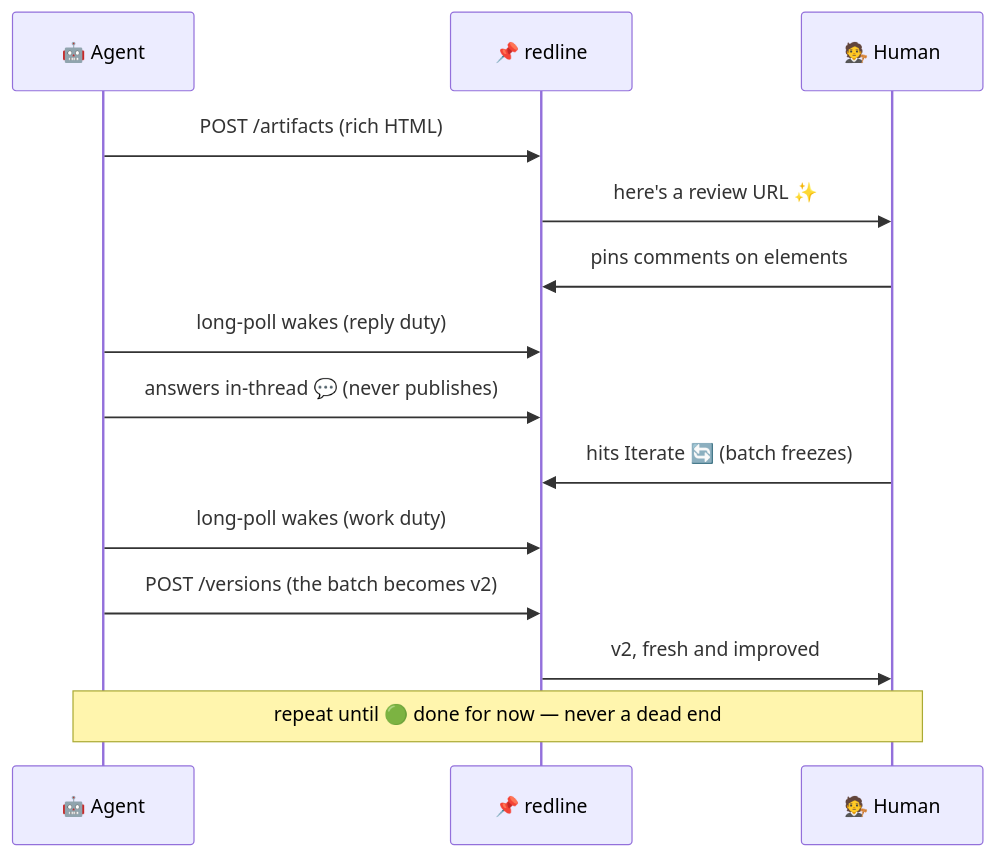
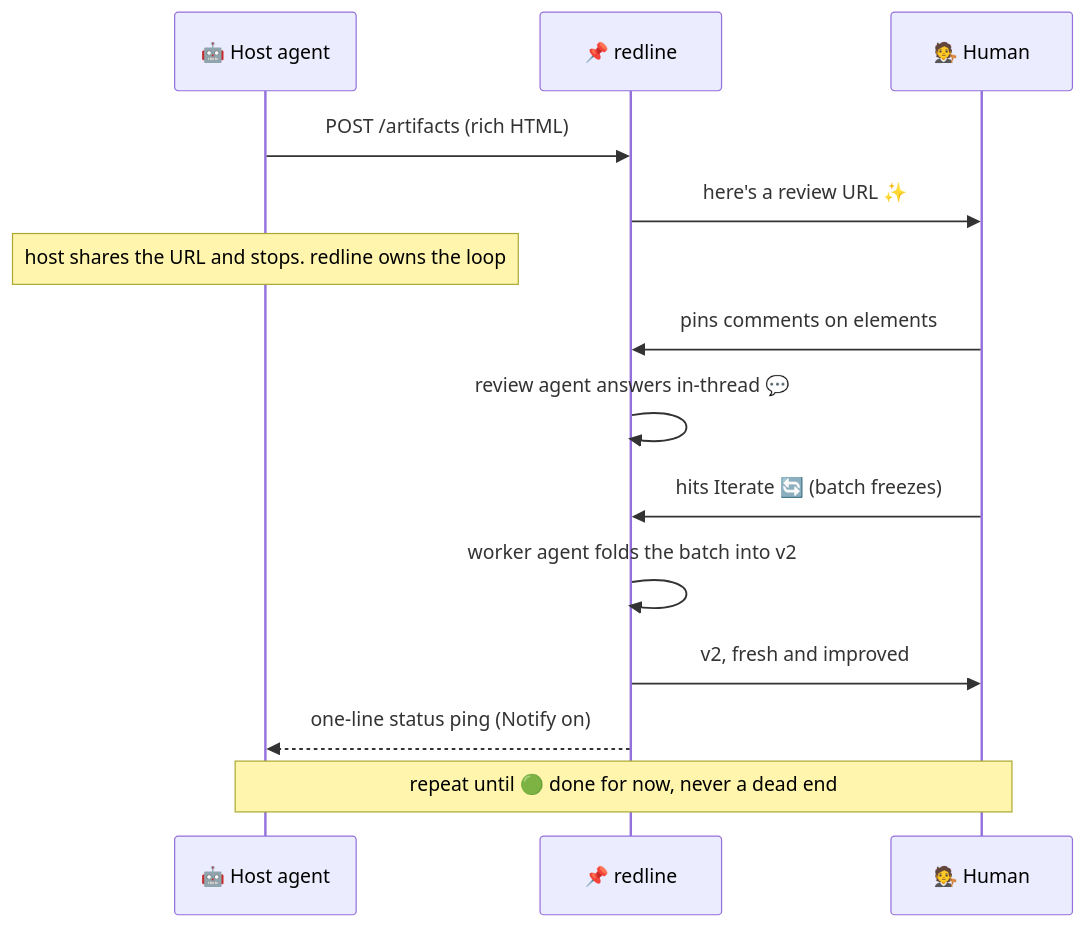
The diagram in README.md (codenamegary/redline), drawn with Mermaid before and after one commit. The commit also changed other lines of this file and 4 other files, not shown here.

````diff
--- a/README.md
+++ b/README.md
@@ -39,16 +39,16 @@
 ```mermaid
 sequenceDiagram
-    participant A as 🤖 Agent
+    participant A as 🤖 Host agent
     participant R as 📌 redline
     participant H as 🧑‍⚖️ Human
     A->>R: POST /artifacts (rich HTML)
     R->>H: here's a review URL ✨
+    Note over A: host shares the URL and stops. redline owns the loop
     H->>R: pins comments on elements
-    A->>R: long-poll wakes (reply duty)
-    A->>R: answers in-thread 💬 (never publishes)
+    R->>R: review agent answers in-thread 💬
     H->>R: hits Iterate 🔄 (batch freezes)
-    A->>R: long-poll wakes (work duty)
-    A->>R: POST /versions (the batch becomes v2)
+    R->>R: worker agent folds the batch into v2
     R->>H: v2, fresh and improved
-    Note over A,H: repeat until 🟢 done for now — never a dead end
+    R-->>A: one-line status ping (Notify on)
+    Note over A,H: repeat until 🟢 done for now, never a dead end
 ```
````
